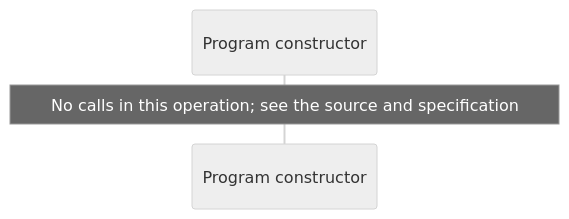
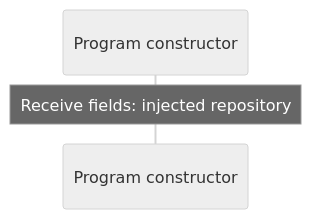
Before and after one commit to GreenPandaStudios/augscript: the sixth of 8 diagrams in docs/examples/generic-di/types-diagrams.md, drawn with Mermaid (neutral theme). The commit also changed other lines of this file and 289 other files, not shown here.

Commit message:
Correct diagram control flow and complete generated wiki navigation

````diff
--- a/docs/examples/generic-di/types-diagrams.md
+++ b/docs/examples/generic-di/types-diagrams.md
@@ -97,6 +97,6 @@
 ```mermaid
 sequenceDiagram
     participant p0 as Program constructor
 
-    Note over p0: No calls in this operation#59; see the source and specification
+    Note over p0: Receive fields: injected repository
 ```
````
